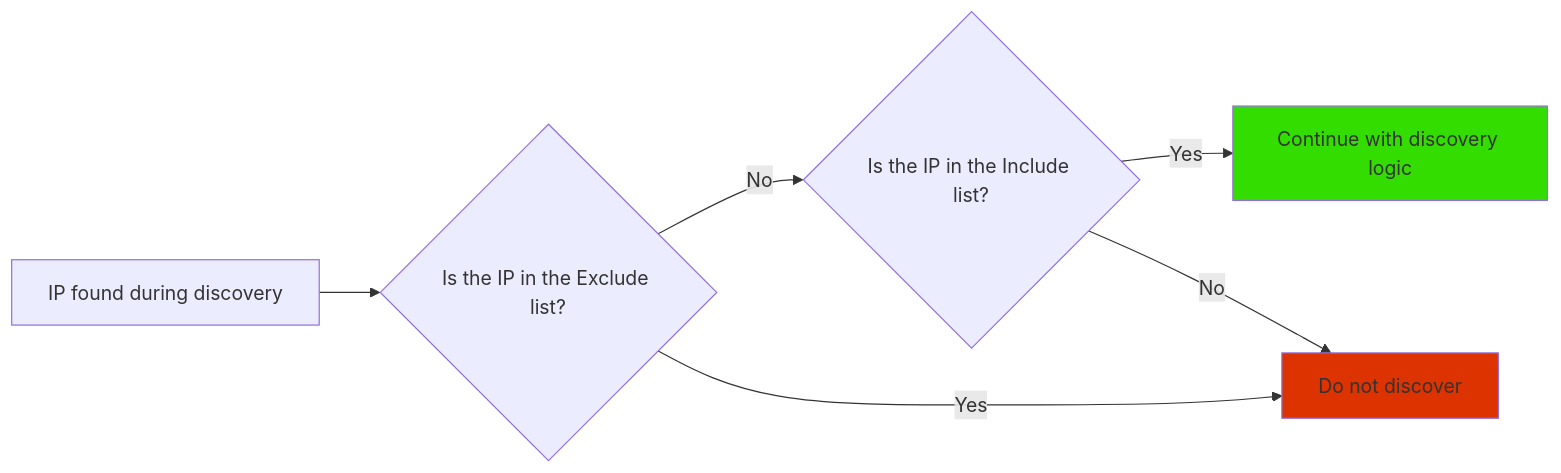
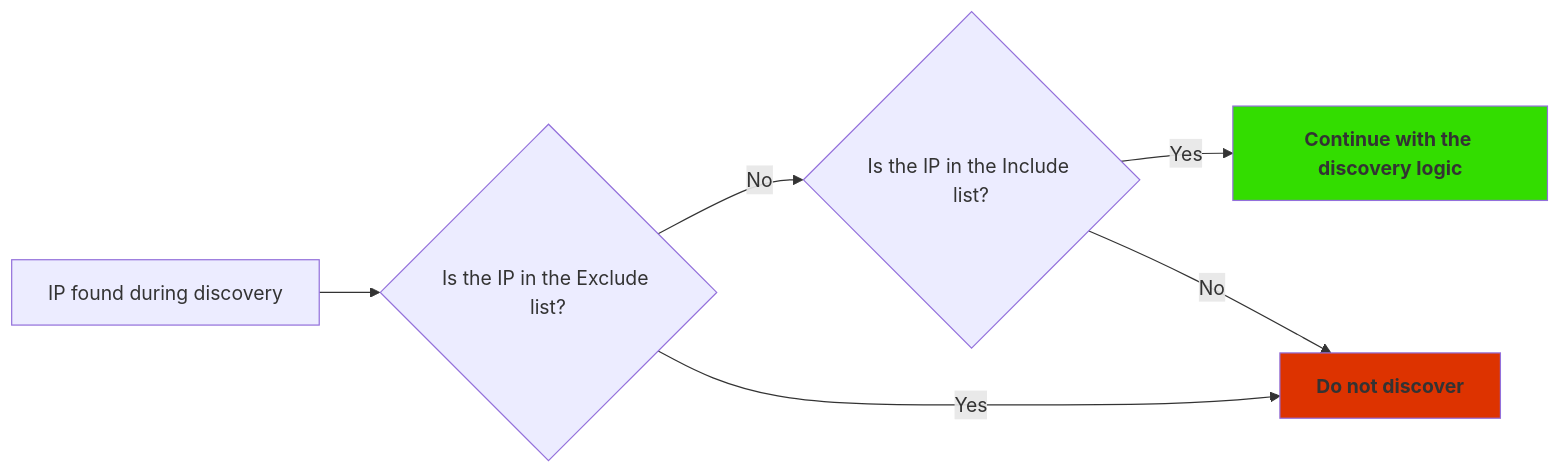
The diagram in docs/IP_Fabric_Settings/Discovery_and_Snapshots/Discovery_Settings/discovery/ip_scope.md (ipfabric/docs), drawn with Mermaid before and after one commit. The commit also changed other lines of this file and 12 other files, not shown here.

````diff
--- a/docs/IP_Fabric_Settings/Discovery_and_Snapshots/Discovery_Settings/discovery/ip_scope.md
+++ b/docs/IP_Fabric_Settings/Discovery_and_Snapshots/Discovery_Settings/discovery/ip_scope.md
@@ -15,12 +15,12 @@
 ```mermaid
 graph LR
     ip[IP found during discovery] --> exclude{Is the IP in the Exclude list?}
 
     exclude -->|No| include{Is the IP in the Include list?}
-      include -->|Yes| continue[Continue with discovery logic]
-      include --> |No| doNotDiscover[Do not discover]
-    exclude -->|Yes| doNotDiscover[Do not discover]
+      include -->|Yes| continue[<strong>Continue with the discovery logic</strong>]
+      include --> |No| doNotDiscover[<strong>Do not discover</strong>]
+    exclude -->|Yes| doNotDiscover
 
     style continue fill:#33dd00
     style doNotDiscover fill:#dd3300
 ```
````
